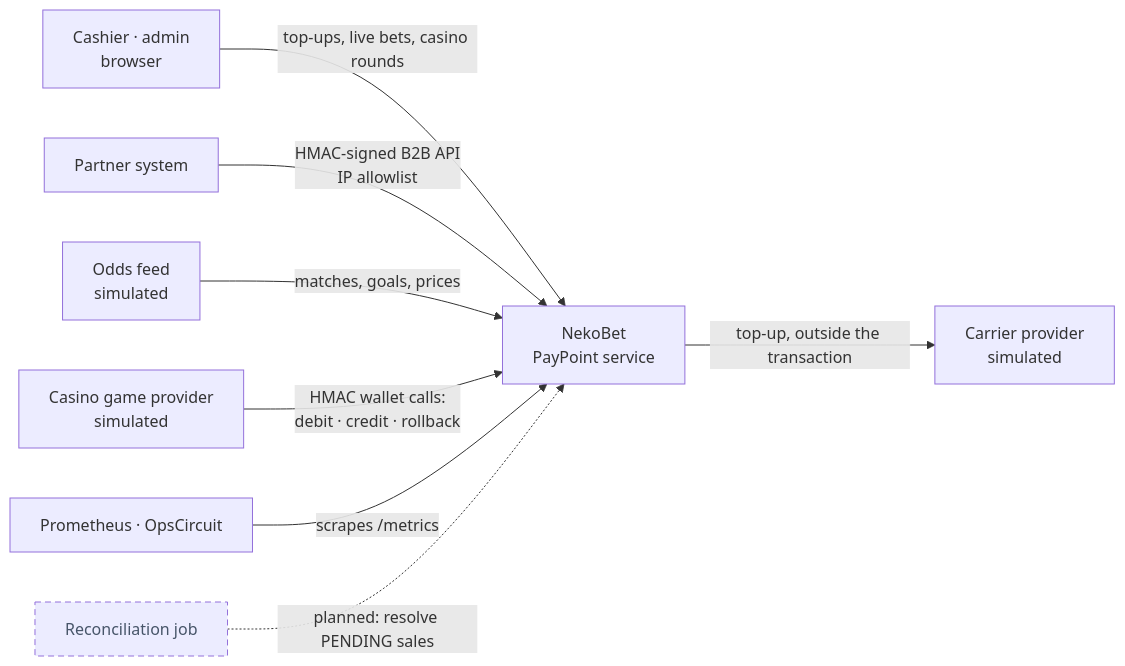
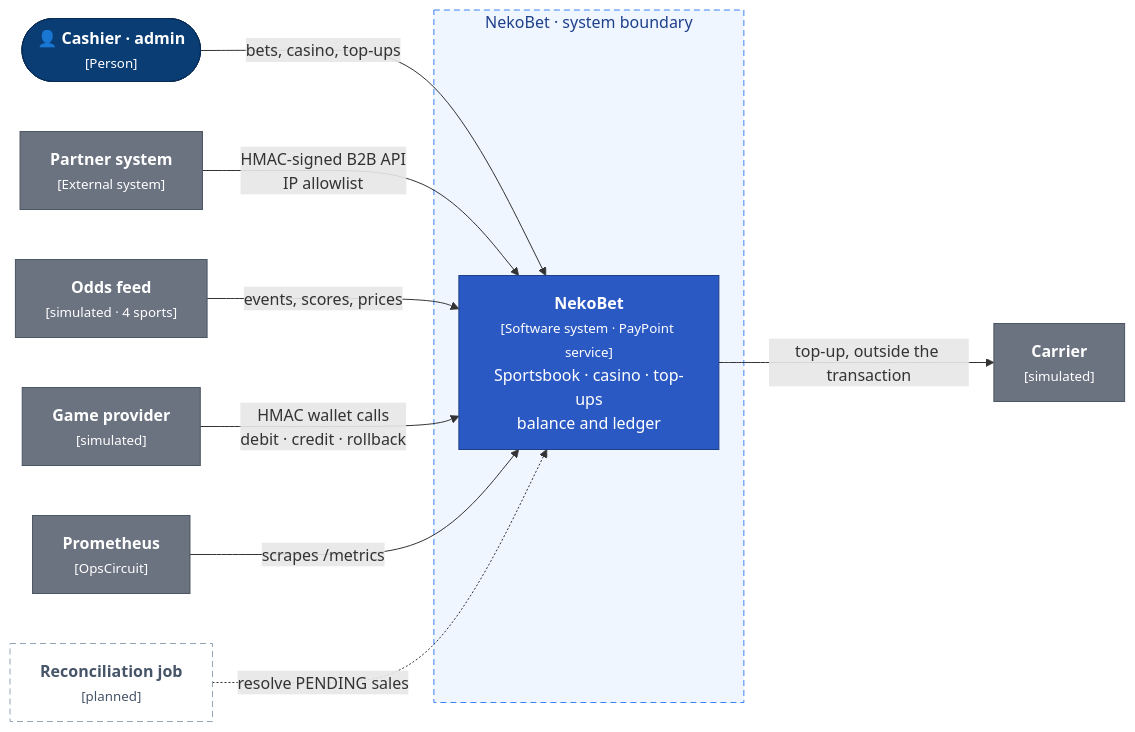
The diagram in diagrams/nekobet-context.mmd (vzuliani97/vzuliani97.github.io), drawn with Mermaid before and after one commit. The commit also changed 12 other files, not shown here.

First line of the commit message:
feat: C4-style architecture diagrams (Mermaid, custom theme) for all three projects

```diff
--- a/diagrams/nekobet-context.mmd
+++ b/diagrams/nekobet-context.mmd
@@ -1,9 +1,26 @@
 flowchart LR
-  C["Cashier · admin<br/>browser"] -->|top-ups, live bets, casino rounds| T["NekoBet<br/>PayPoint service"]
-  P["Partner system"] -->|HMAC-signed B2B API<br/>IP allowlist| T
-  T -->|top-up, outside the transaction| V["Carrier provider<br/>simulated"]
-  F["Odds feed<br/>simulated"] -->|matches, goals, prices| T
-  G["Casino game provider<br/>simulated"] -->|HMAC wallet calls:<br/>debit · credit · rollback| T
-  M["Prometheus · OpsCircuit"] -->|scrapes /metrics| T
-  R["Reconciliation job"]:::planned -.->|planned: resolve PENDING sales| T
-  classDef planned stroke-dasharray:6 4,color:#475569
+  C(["👤 <b>Cashier · admin</b><br/><small>[Person]</small>"]):::person
+  P["<b>Partner system</b><br/><small>[External system]</small>"]:::external
+  subgraph boundary["NekoBet · system boundary"]
+    T["<b>NekoBet</b><br/><small>[Software system · PayPoint service]</small><br/>Sportsbook · casino · top-ups<br/>balance and ledger"]:::system
+  end
+  F["<b>Odds feed</b><br/><small>[simulated · 4 sports]</small>"]:::external
+  G["<b>Game provider</b><br/><small>[simulated]</small>"]:::external
+  V["<b>Carrier</b><br/><small>[simulated]</small>"]:::external
+  M["<b>Prometheus</b><br/><small>[OpsCircuit]</small>"]:::external
+  R["<b>Reconciliation job</b><br/><small>[planned]</small>"]:::planned
+  C -->|"bets, casino, top-ups"| T
+  P -->|"HMAC-signed B2B API<br/>IP allowlist"| T
+  F -->|"events, scores, prices"| T
+  G -->|"HMAC wallet calls<br/>debit · credit · rollback"| T
+  T -->|"top-up, outside the transaction"| V
+  M -->|"scrapes /metrics"| T
+  R -.->|"resolve PENDING sales"| T
+
+  classDef person fill:#0b3d75,stroke:#082c55,color:#ffffff
+  classDef container fill:#438dd5,stroke:#2e6fb0,color:#ffffff
+  classDef store fill:#155e75,stroke:#0e4a5c,color:#ffffff
+  classDef external fill:#6b7280,stroke:#4b5563,color:#ffffff
+  classDef planned fill:#ffffff,stroke:#94a3b8,stroke-dasharray:6 4,color:#475569
+  classDef system fill:#2b59c3,stroke:#1e3f8a,color:#ffffff
+  style boundary fill:#eff6ff,stroke:#3b82f6,stroke-dasharray:6 4,color:#1e3f8a
```
